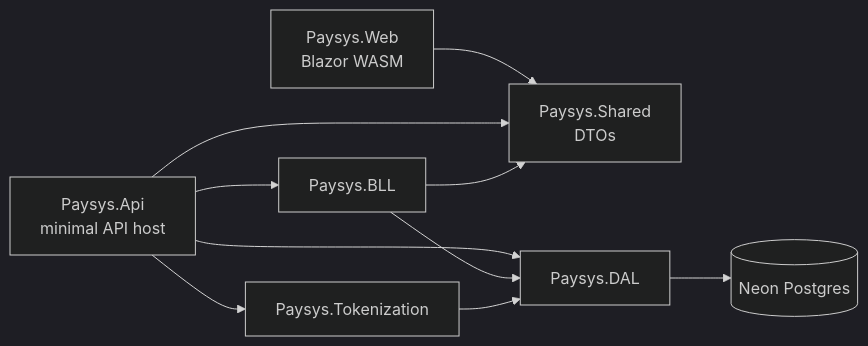
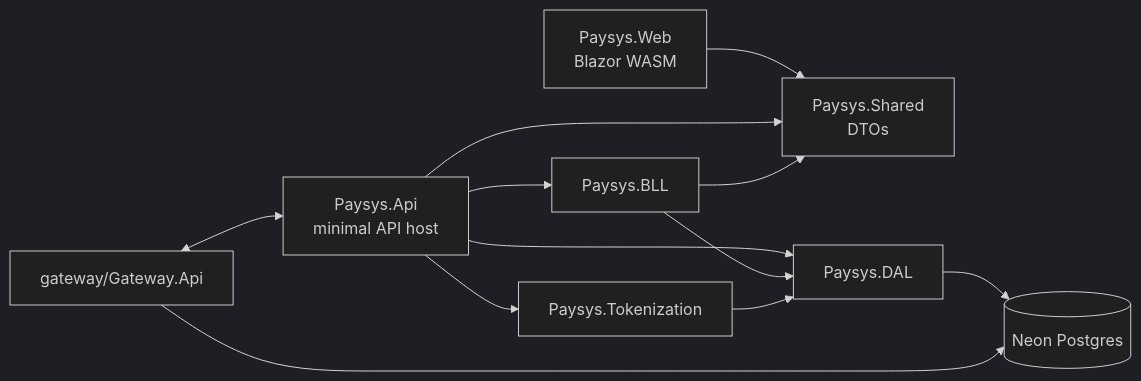
Before and after one commit to ismailaslan/paysys: the diagram in docs/architecture/05-definition/as-is.md, drawn with Mermaid (dark theme). The commit also changed other lines of this file, not shown here.

````diff
--- a/docs/architecture/05-definition/as-is.md
+++ b/docs/architecture/05-definition/as-is.md
@@ -27,12 +30,14 @@
 ```mermaid
 flowchart LR
   Web[Paysys.Web<br/>Blazor WASM] --> Shared
   Api[Paysys.Api<br/>minimal API host] --> BLL[Paysys.BLL]
   Api --> Tok[Paysys.Tokenization]
   Api --> DAL[Paysys.DAL]
   Api --> Shared[Paysys.Shared<br/>DTOs]
   BLL --> DAL
   BLL --> Shared
   Tok --> DAL
   DAL --> PG[(Neon Postgres)]
+  GW[gateway/Gateway.Api] --> PG
+  GW <--> Api
 ```
````
